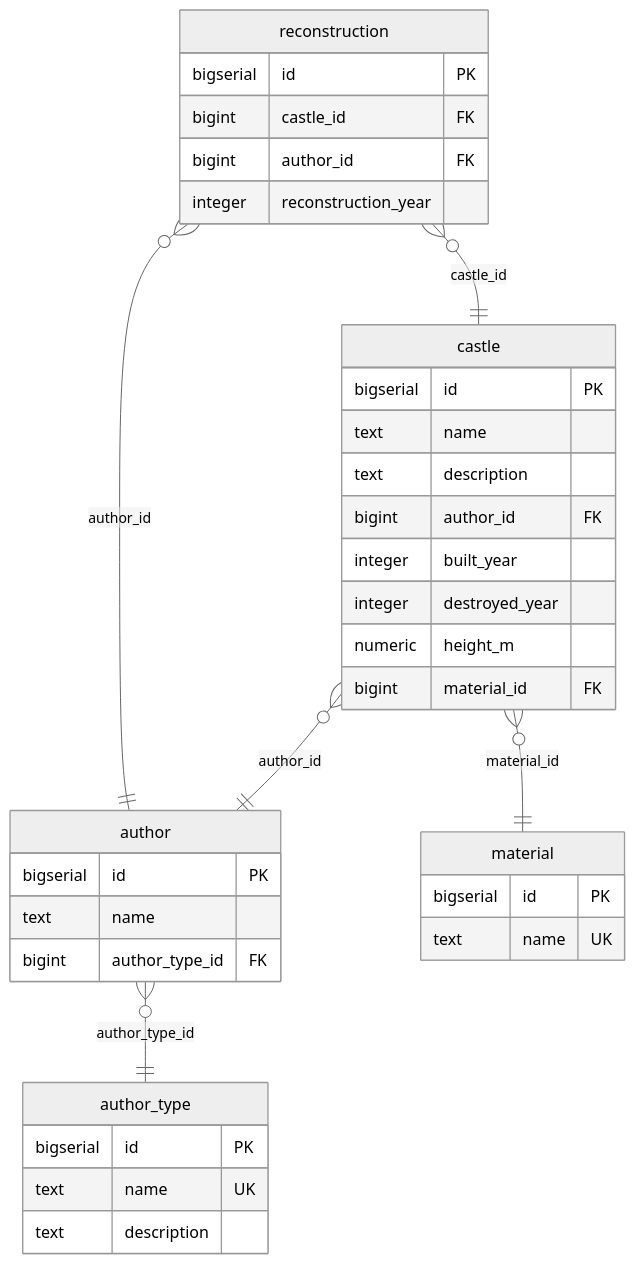
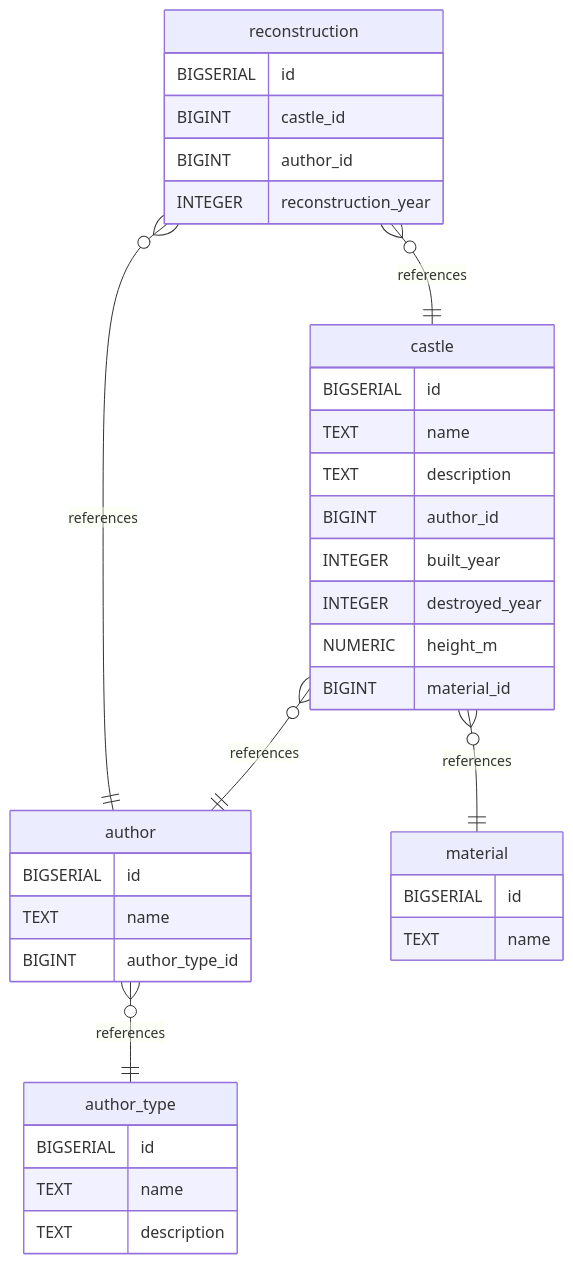
Before and after one commit to Kaelth4s/castlekeeper: the diagram in notes/database/schema.md, drawn with Mermaid. The commit also changed other lines of this file and 8 other files, not shown here.

````diff
--- a/notes/database/schema.md
+++ b/notes/database/schema.md
@@ -3,39 +82,43 @@
 ```mermaid
-%%{init: {'theme': 'neutral'}}%%
 erDiagram
-    author }o--|| author_type : author_type_id
-    castle }o--|| author : author_id
-    castle }o--|| material : material_id
-    reconstruction }o--|| castle : castle_id
-    reconstruction }o--|| author : author_id
-    author {
-        bigserial id PK
-        text name
-        bigint author_type_id FK
-    }
-    author_type {
-        bigserial id PK
-        text name UK
-        text description
-    }
-    castle {
-        bigserial id PK
-        text name
-        text description
-        bigint author_id FK
-        integer built_year
-        integer destroyed_year
-        numeric height_m
-        bigint material_id FK
-    }
-    material {
-        bigserial id PK
-        text name UK
-    }
-    reconstruction {
-        bigserial id PK
-        bigint castle_id FK
-        bigint author_id FK
-        integer reconstruction_year
-    }
+	castle }o--|| author : references
+	castle }o--|| material : references
+	reconstruction }o--|| castle : references
+	reconstruction }o--|| author : references
+	author }o--|| author_type : references
+
+	author_type {
+		BIGSERIAL id
+		TEXT name
+		TEXT description
+	}
+
+	author {
+		BIGSERIAL id
+		TEXT name
+		BIGINT author_type_id
+	}
+
+	material {
+		BIGSERIAL id
+		TEXT name
+	}
+
+	castle {
+		BIGSERIAL id
+		TEXT name
+		TEXT description
+		BIGINT author_id
+		INTEGER built_year
+		INTEGER destroyed_year
+		NUMERIC height_m
+		BIGINT material_id
+	}
+
+	reconstruction {
+		BIGSERIAL id
+		BIGINT castle_id
+		BIGINT author_id
+		INTEGER reconstruction_year
+	}
 ```
````
